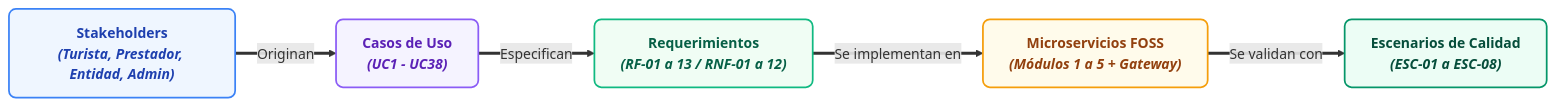
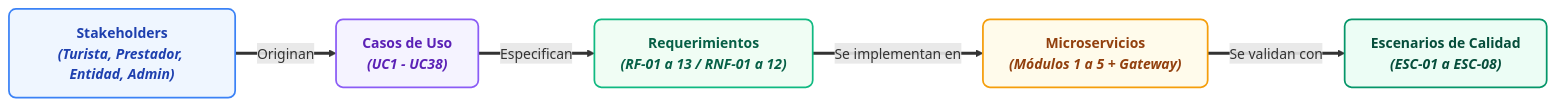
Before and after one commit to luifdo/Tourism: the ninth of 9 diagrams in Documents/Pages/Requirements_docIEEE.md, drawn with Mermaid. The commit also changed other lines of this file, not shown here.

````diff
--- a/Documents/Pages/Requirements_docIEEE.md
+++ b/Documents/Pages/Requirements_docIEEE.md
@@ -953,19 +971,19 @@
 ```mermaid
 flowchart LR
     classDef stStyle fill:#eff6ff,stroke:#3b82f6,stroke-width:2px,color:#1e40af,font-weight:bold,rx:8px,ry:8px;
     classDef ucStyle fill:#f5f3ff,stroke:#8b5cf6,stroke-width:2px,color:#5b21b6,font-weight:bold,rx:8px,ry:8px;
     classDef reqStyle fill:#f0fdf4,stroke:#10b981,stroke-width:2px,color:#065f46,font-weight:bold,rx:8px,ry:8px;
     classDef modStyle fill:#fffbeb,stroke:#f59e0b,stroke-width:2px,color:#92400e,font-weight:bold,rx:8px,ry:8px;
     classDef escStyle fill:#ecfdf5,stroke:#059669,stroke-width:2px,color:#064e3b,font-weight:bold,rx:8px,ry:8px;
 
     ST["Stakeholders<br><i>(Turista, Prestador, Entidad, Admin)</i>"]:::stStyle
     UC["Casos de Uso<br><i>(UC1 - UC38)</i>"]:::ucStyle
     RF["Requerimientos<br><i>(RF-01 a 13 / RNF-01 a 12)</i>"]:::reqStyle
-    MOD["Microservicios FOSS<br><i>(Módulos 1 a 5 + Gateway)</i>"]:::modStyle
+    MOD["Microservicios<br><i>(Módulos 1 a 5 + Gateway)</i>"]:::modStyle
     ESC["Escenarios de Calidad<br><i>(ESC-01 a ESC-08)</i>"]:::escStyle
 
     ST ==>|Originan| UC
     UC ==>|Especifican| RF
     RF ==>|Se implementan en| MOD
     MOD ==>|Se validan con| ESC
 ```
````
